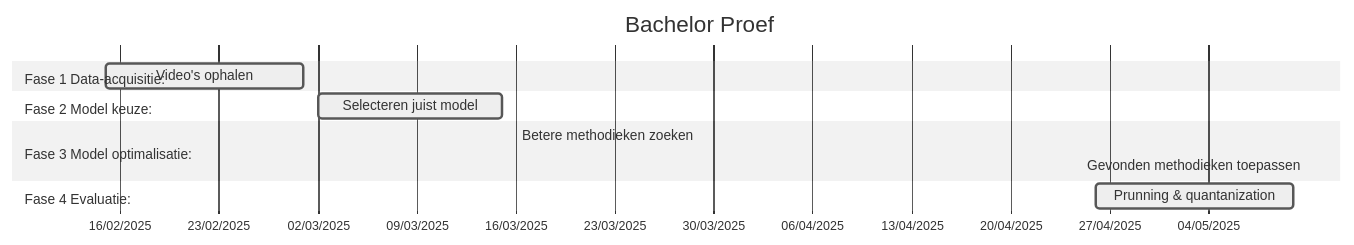
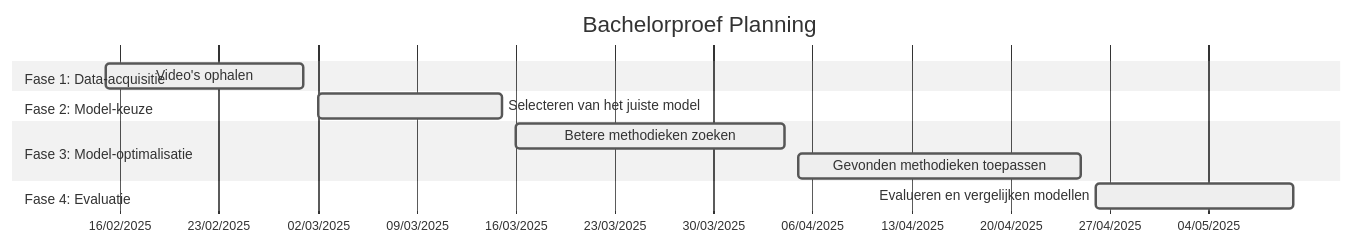
Before and after one commit to TomDeganck/latex-hogent-bachproef-main: the diagram in voorstel/gantt.md, drawn with Mermaid (neutral theme). The commit also changed 11 other files, not shown here.

````diff
--- a/voorstel/gantt.md
+++ b/voorstel/gantt.md
@@ -3,21 +3,21 @@
 ```mermaid
 gantt
-    title Bachelor Proef
+    title Bachelorproef Planning
     dateFormat  DD/MM/YYYY
     axisFormat  %d/%m/%Y
     todayMarker off
 
-    section Fase 1 Data-acquisitie:
-    Video's ophalen: active, des1, 15/02/2025, 01/03/2025
+    section Fase 1: Data-acquisitie
+    Video's ophalen             :active, des1, 15/02/2025, 01/03/2025
 
-    section Fase 2 Model keuze:
-    Selecteren juist model: active, des2, 02/03/2025,  15/03/2025
+    section Fase 2: Model-keuze
+    Selecteren van het juiste model :active, des2, 02/03/2025, 15/03/2025
 
-    section Fase 3 Model optimalisatie:
-    Betere methodieken zoeken: active, des3, 16/03/2025, 4/04/2025
-    Gevonden methodieken toepassen: active, des4, 5/04/2025, 25/04/2025
+    section Fase 3: Model-optimalisatie
+    Betere methodieken zoeken   :active, des3, 16/03/2025, 04/04/2025
+    Gevonden methodieken toepassen :active, des4, 05/04/2025, 25/04/2025
 
-    section Fase 4 Evaluatie:
-    Prunning & quantanization: active, des5, 26/04/2025, 10/05/2025
+    section Fase 4: Evaluatie
+    Evalueren en vergelijken modellen  :active, des5, 26/04/2025, 10/05/2025
 
 ```
````
